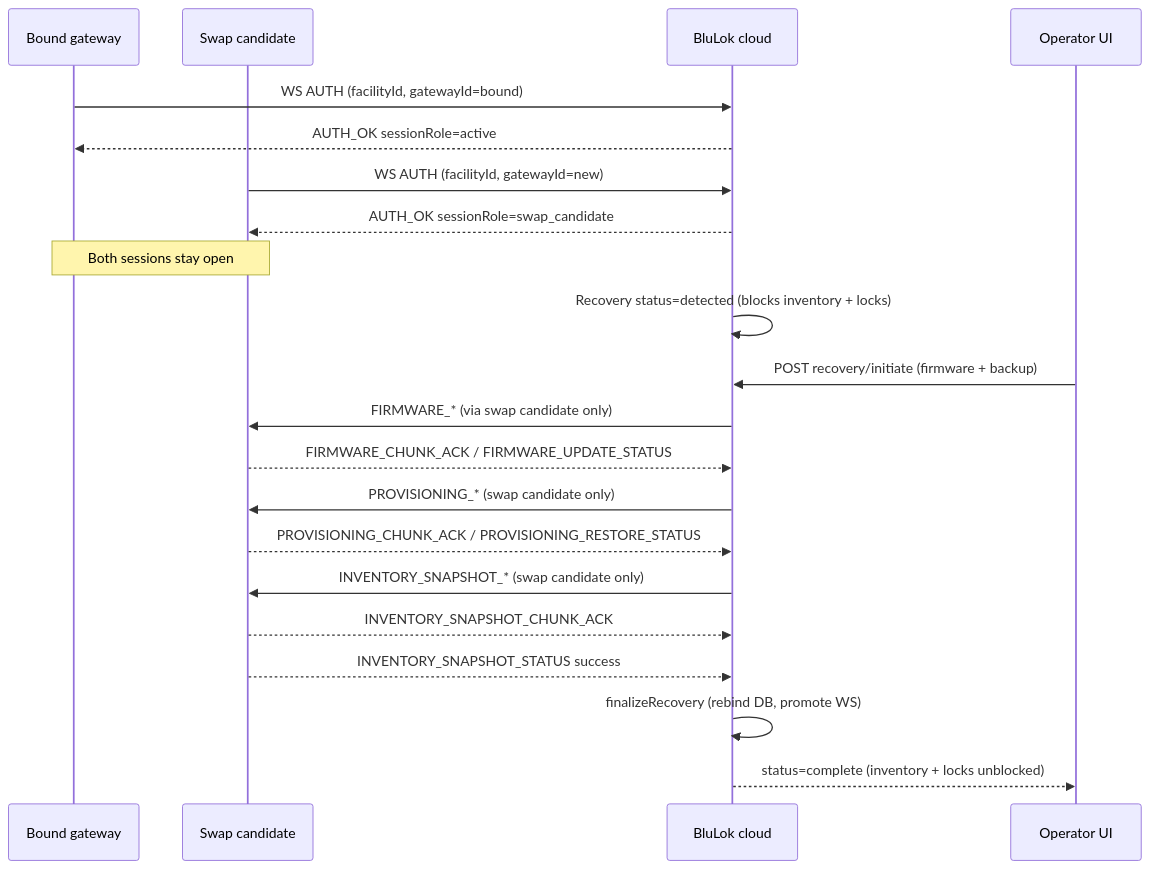
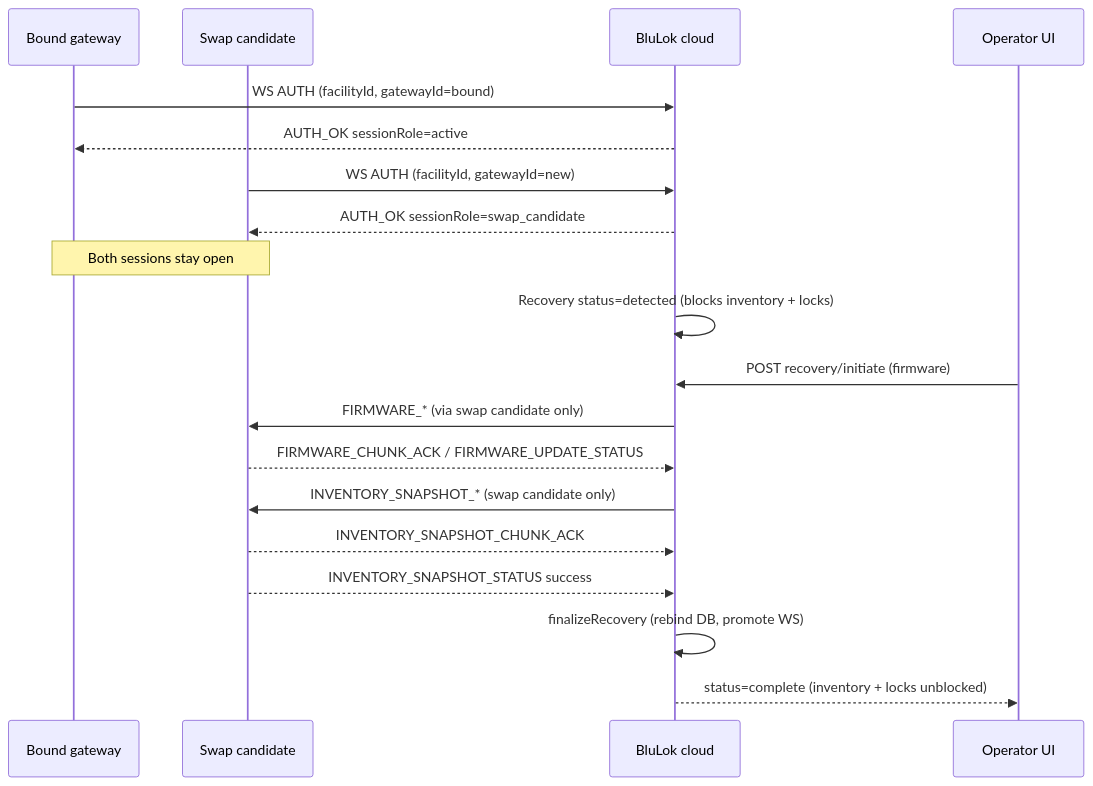
Before and after one commit to skatamatic/blulok-cloud: the diagram in cursorDocs/gateway-swap-recovery-operators-guide.md, drawn with Mermaid. The commit also changed other lines of this file and 73 other files, not shown here.

````diff
--- a/cursorDocs/gateway-swap-recovery-operators-guide.md
+++ b/cursorDocs/gateway-swap-recovery-operators-guide.md
@@ -64,30 +62,27 @@
 ```mermaid
 sequenceDiagram
   participant OldGW as Bound gateway
   participant NewGW as Swap candidate
   participant Cloud as BluLok cloud
   participant Op as Operator UI
 
   OldGW->>Cloud: WS AUTH (facilityId, gatewayId=bound)
   Cloud-->>OldGW: AUTH_OK sessionRole=active
 
   NewGW->>Cloud: WS AUTH (facilityId, gatewayId=new)
   Cloud-->>NewGW: AUTH_OK sessionRole=swap_candidate
   Note over OldGW,NewGW: Both sessions stay open
 
   Cloud->>Cloud: Recovery status=detected (blocks inventory + locks)
 
-  Op->>Cloud: POST recovery/initiate (firmware + backup)
+  Op->>Cloud: POST recovery/initiate (firmware)
   Cloud->>NewGW: FIRMWARE_* (via swap candidate only)
   NewGW-->>Cloud: FIRMWARE_CHUNK_ACK / FIRMWARE_UPDATE_STATUS
-
-  Cloud->>NewGW: PROVISIONING_* (swap candidate only)
-  NewGW-->>Cloud: PROVISIONING_CHUNK_ACK / PROVISIONING_RESTORE_STATUS
 
   Cloud->>NewGW: INVENTORY_SNAPSHOT_* (swap candidate only)
   NewGW-->>Cloud: INVENTORY_SNAPSHOT_CHUNK_ACK
   NewGW-->>Cloud: INVENTORY_SNAPSHOT_STATUS success
 
   Cloud->>Cloud: finalizeRecovery (rebind DB, promote WS)
   Cloud-->>Op: status=complete (inventory + locks unblocked)
 ```
````
